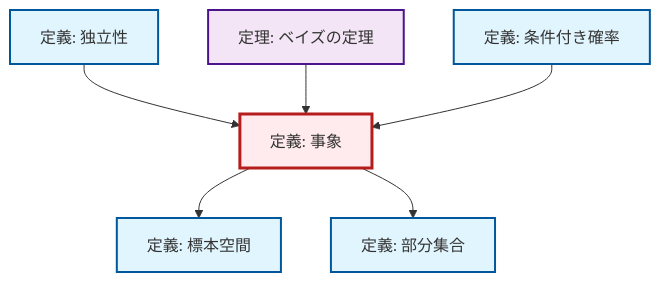
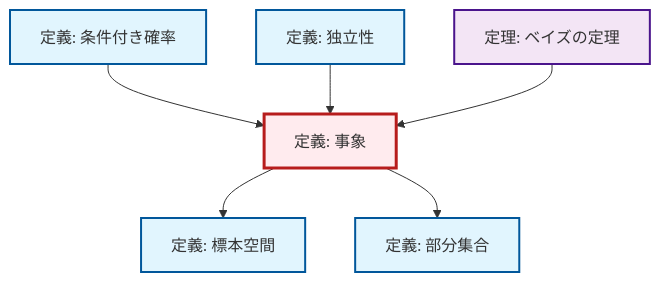
One commit to RK0429/ModernMath changed the diagram in content/ja/probability-statistics/def-event.qmd. Above: the diagram before and after it, drawn with Mermaid. The commit also changed other lines of this file and 328 other files, not shown here.

````diff
--- a/content/ja/probability-statistics/def-event.qmd
+++ b/content/ja/probability-statistics/def-event.qmd
@@ -70,26 +70,26 @@
 ```{mermaid}
 %%| fig-cap: "ローカル依存関係グラフ"
 graph TD
     classDef definition fill:#e1f5fe,stroke:#01579b,stroke-width:2px
     classDef theorem fill:#f3e5f5,stroke:#4a148c,stroke-width:2px
     classDef axiom fill:#fff3e0,stroke:#e65100,stroke-width:2px
     classDef example fill:#e8f5e9,stroke:#1b5e20,stroke-width:2px
     classDef current fill:#ffebee,stroke:#b71c1c,stroke-width:3px
-    thm-bayes["定理: ベイズの定理"]:::theorem
-    def-independence["定義: 独立性"]:::definition
     def-sample-space["定義: 標本空間"]:::definition
     def-event["定義: 事象"]:::definition
+    def-independence["定義: 独立性"]:::definition
+    thm-bayes["定理: ベイズの定理"]:::theorem
     def-subset["定義: 部分集合"]:::definition
     def-conditional-probability["定義: 条件付き確率"]:::definition
+    def-conditional-probability --> def-event
     def-independence --> def-event
     thm-bayes --> def-event
     def-event --> def-sample-space
-    def-conditional-probability --> def-event
     def-event --> def-subset
     class def-event current
+    click def-sample-space "def-sample-space.html" "標本空間の定義へ"
+    click def-independence "def-independence.html" "独立性の定義へ"
     click thm-bayes "thm-bayes.html" "ベイズの定理の定理へ"
-    click def-independence "def-independence.html" "独立性の定義へ"
-    click def-sample-space "def-sample-space.html" "標本空間の定義へ"
     click def-subset "def-subset.html" "部分集合の定義へ"
     click def-conditional-probability "def-conditional-probability.html" "条件付き確率の定義へ"
 ```
````
